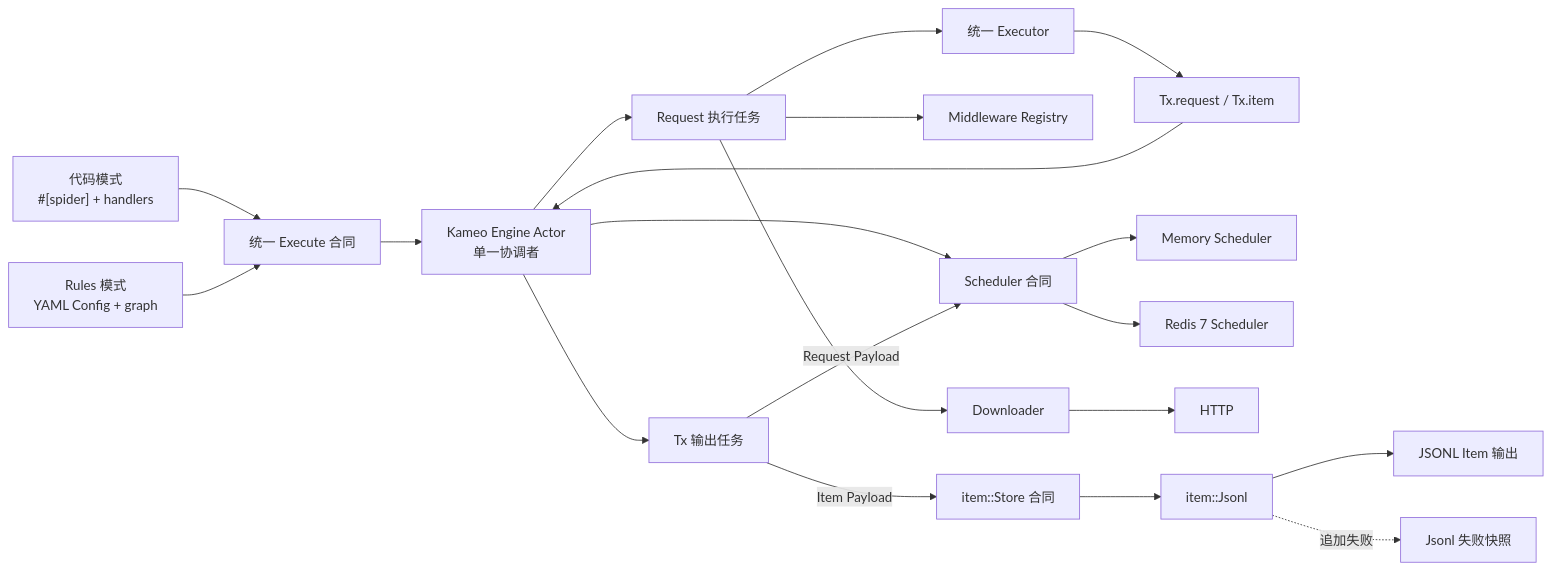
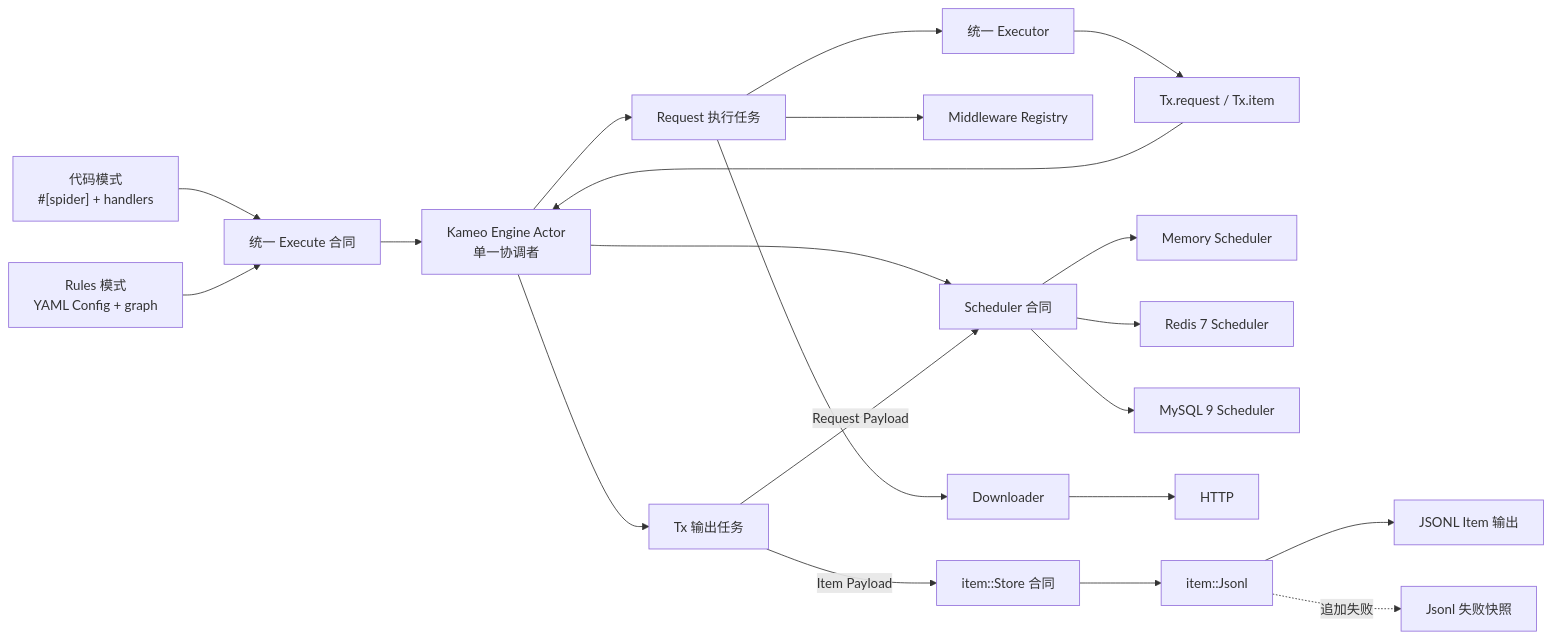
Before and after one commit to halo-space/crawler: the first of 5 diagrams in docs/architecture.zh-CN.md, drawn with Mermaid. The commit also changed other lines of this file and 40 other files, not shown here.

````diff
--- a/docs/architecture.zh-CN.md
+++ b/docs/architecture.zh-CN.md
@@ -66,41 +67,43 @@
 ```mermaid
 flowchart LR
     C["代码模式<br/>#[spider] + handlers"]
     R["Rules 模式<br/>YAML Config + graph"]
     X["统一 Execute 合同"]
     T["Tx.request / Tx.item"]
     A["Kameo Engine Actor<br/>单一协调者"]
     S["Scheduler 合同"]
     M["Memory Scheduler"]
     Z["Redis 7 Scheduler"]
+    Q["MySQL 9 Scheduler"]
     W["Request 执行任务"]
     MW["Middleware Registry"]
     D["Downloader"]
     H["HTTP"]
     E["统一 Executor"]
     O["Tx 输出任务"]
     IS["item::Store 合同"]
     J["item::Jsonl"]
     P["JSONL Item 输出"]
     F["Jsonl 失败快照"]
 
     C --> X
     R --> X
     X --> A
     A --> S
     S --> M
     S --> Z
+    S --> Q
     A --> W
     W --> MW
     W --> D
     D --> H
     W --> E
     E --> T
     T --> A
     A --> O
     O -->|Request Payload| S
     O -->|Item Payload| IS
     IS --> J
     J --> P
     J -. 追加失败 .-> F
 ```
````
